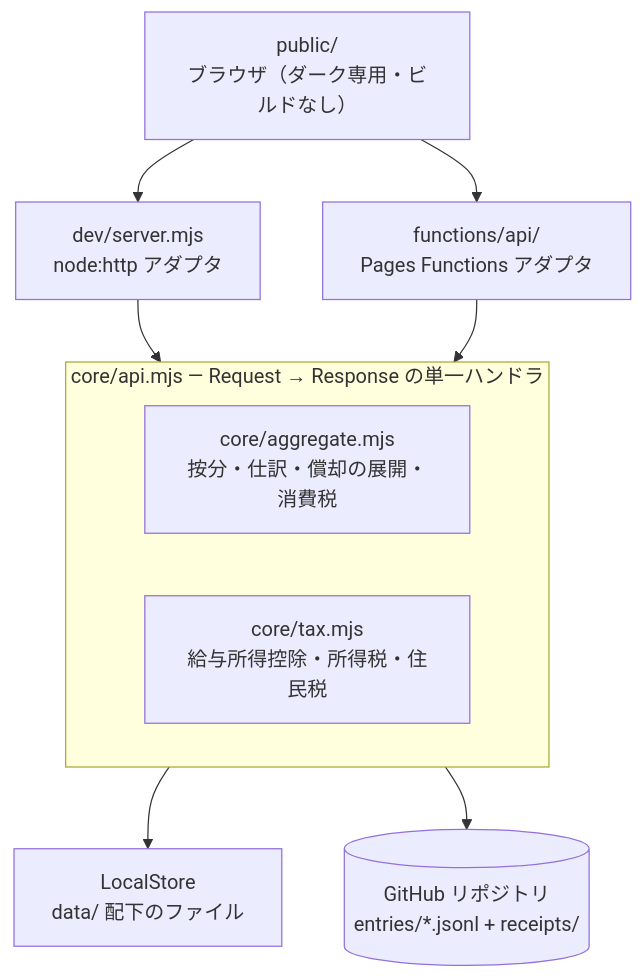
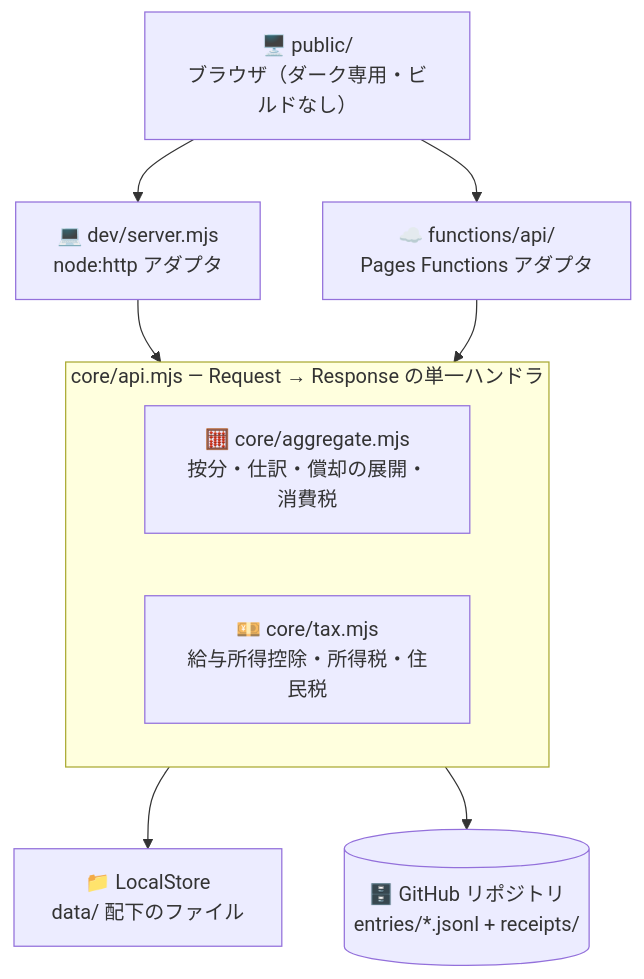
Before and after one commit to yktsnet/etax-prep: the diagram in README.md, drawn with Mermaid. The commit also changed 1 other file, not shown here.

Commit message:
docs: Mermaid の各ノードに絵文字を置く (#12)

````diff
--- a/README.md
+++ b/README.md
@@ -54,19 +54,19 @@
 ```mermaid
 flowchart TB
-  UI["public/<br/>ブラウザ（ダーク専用・ビルドなし）"]
+  UI["🖥️ public/<br/>ブラウザ（ダーク専用・ビルドなし）"]
 
   subgraph handler["core/api.mjs — Request → Response の単一ハンドラ"]
-    AGG["core/aggregate.mjs<br/>按分・仕訳・償却の展開・消費税"]
-    TAX["core/tax.mjs<br/>給与所得控除・所得税・住民税"]
+    AGG["🧮 core/aggregate.mjs<br/>按分・仕訳・償却の展開・消費税"]
+    TAX["💴 core/tax.mjs<br/>給与所得控除・所得税・住民税"]
   end
 
-  DEV["dev/server.mjs<br/>node:http アダプタ"]
-  FN["functions/api/<br/>Pages Functions アダプタ"]
-  LOCAL["LocalStore<br/>data/ 配下のファイル"]
-  GH[("GitHub リポジトリ<br/>entries/*.jsonl + receipts/")]
+  DEV["💻 dev/server.mjs<br/>node:http アダプタ"]
+  FN["☁️ functions/api/<br/>Pages Functions アダプタ"]
+  LOCAL["📁 LocalStore<br/>data/ 配下のファイル"]
+  GH[("🗄️ GitHub リポジトリ<br/>entries/*.jsonl + receipts/")]
 
   UI --> DEV --> handler
   UI --> FN --> handler
   handler --> LOCAL
   handler --> GH
 ```
````
